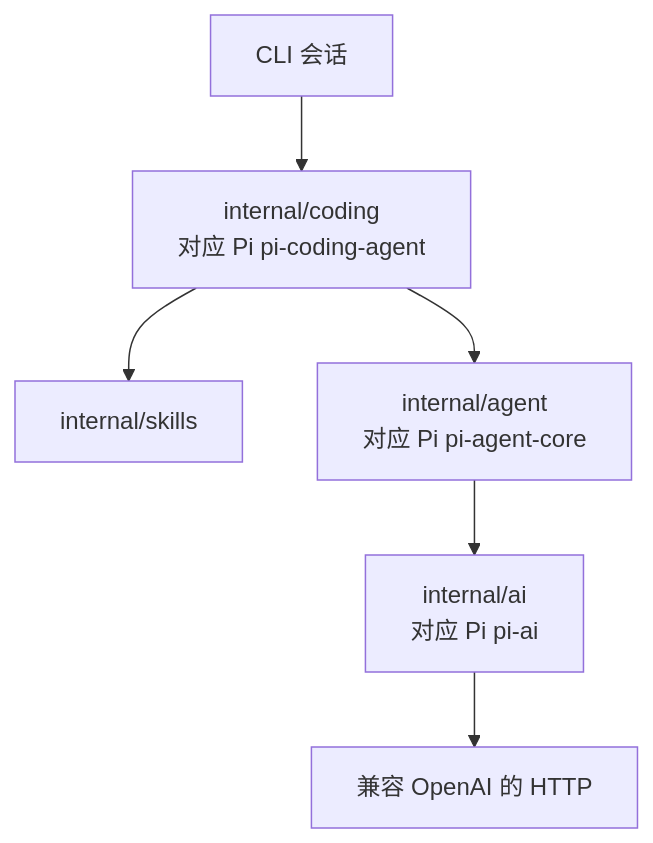
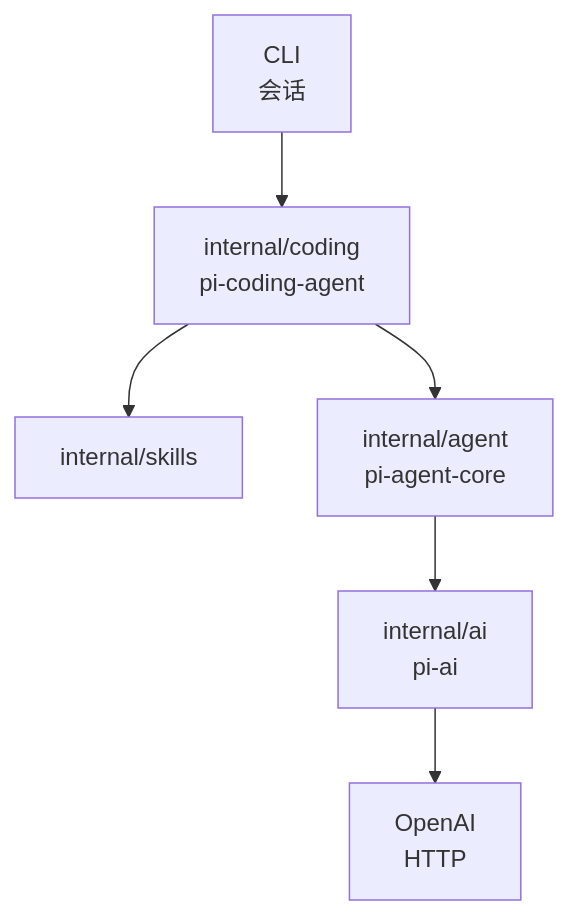
One commit to zyy17/pigo changed the first of 2 diagrams in README.zh-CN.md. Above: the diagram before and after it, drawn with Mermaid. The commit also changed other lines of this file and 5 other files, not shown here.

First line of the commit message:
docs: fix clipped labels in TUI diagrams

````diff
--- a/README.zh-CN.md
+++ b/README.zh-CN.md
@@ -11,14 +11,14 @@
 ```mermaid
 flowchart TD
-    cli["CLI 会话"]
-    coding["internal/coding<br/>对应 Pi pi-coding-agent"]
+    cli["CLI<br/>会话"]
+    coding["internal/coding<br/>pi-coding-agent"]
     skills["internal/skills"]
-    agent["internal/agent<br/>对应 Pi pi-agent-core"]
-    ai["internal/ai<br/>对应 Pi pi-ai"]
-    http["兼容 OpenAI 的 HTTP"]
+    agent["internal/agent<br/>pi-agent-core"]
+    ai["internal/ai<br/>pi-ai"]
+    http["OpenAI<br/>HTTP"]
     cli --> coding
     coding --> skills
     coding --> agent
     agent --> ai
     ai --> http
 ```
````
